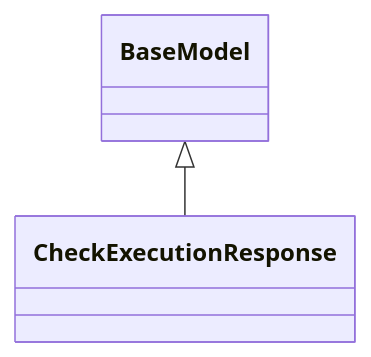
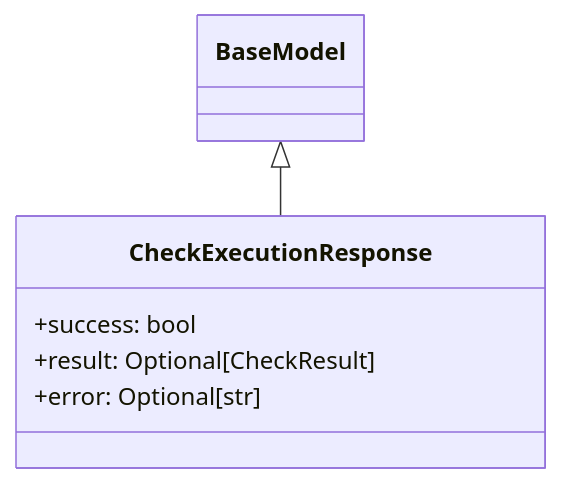
Before and after one commit to Brunvelop/autocode: diagram 15 of 15 in design/autocode/api/models_items.md, drawn with Mermaid. The commit also changed other lines of this file and 8 other files, not shown here.

````diff
--- a/design/autocode/api/models_items.md
+++ b/design/autocode/api/models_items.md
@@ -189,7 +261,10 @@
 ```mermaid
 classDiagram
     class CheckExecutionResponse {
+        +success: bool
+        +result: Optional[CheckResult]
+        +error: Optional[str]
     }
     BaseModel <|-- CheckExecutionResponse
 
 ```
````
